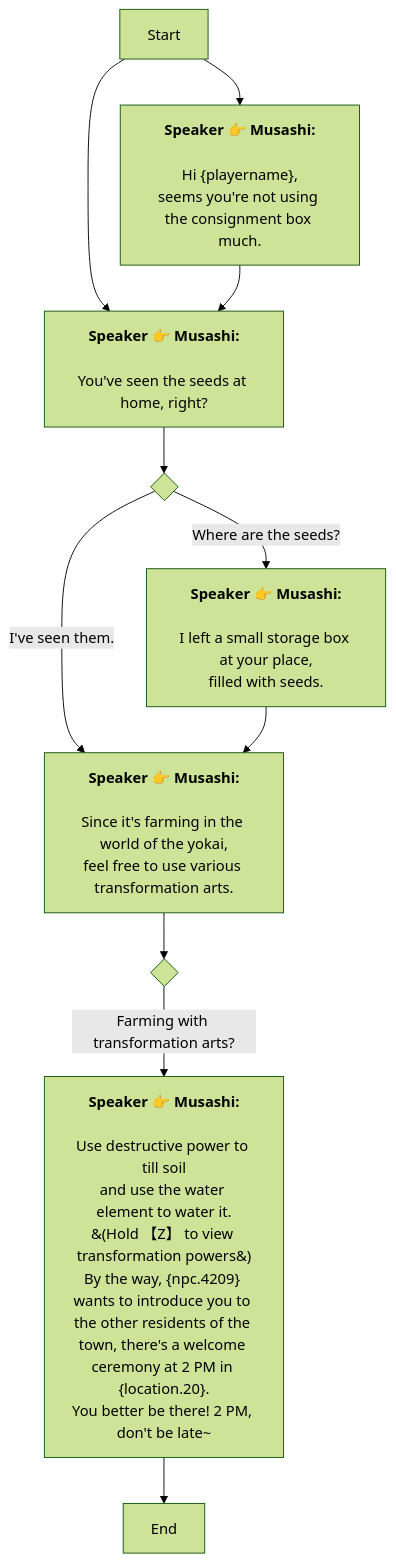
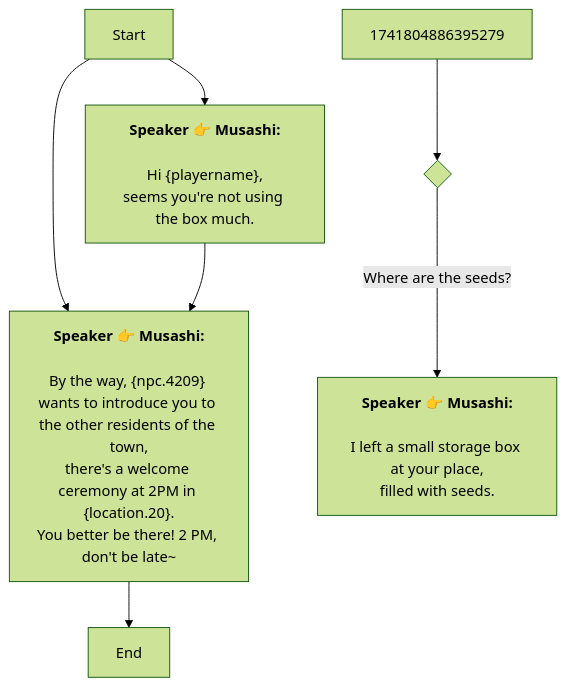
One commit to SoftHu/tos_avg changed the diagram in En/QuestStartTalkENode_1741804807948684.md. Above: the diagram before and after it, drawn with Mermaid (forest theme). The commit also changed 312 other files, not shown here.

````diff
--- a/En/QuestStartTalkENode_1741804807948684.md
+++ b/En/QuestStartTalkENode_1741804807948684.md
@@ -1,36 +1,24 @@
 ```mermaid
 graph
 Start -->1763771107802819[<b>Speaker 👉 Musashi:</b>
 
 Hi &lbrace;playername&rbrace;,
-seems you're not using the consignment box much.]
-Start -->1741804886395279[<b>Speaker 👉 Musashi:</b>
+seems you're not using the box much.]
+Start -->1741805123273116[<b>Speaker 👉 Musashi:</b>
 
-You've seen the seeds at home, right?]
-1763771107802819 -->1741804886395279[<b>Speaker 👉 Musashi:</b>
+By the way, &lbrace;npc.4209&rbrace; wants to introduce you to the other residents of the town,
+there's a welcome ceremony at 2PM in &lbrace;location.20&rbrace;.
+You better be there! 2 PM, don't be late~]
+1763771107802819 -->1741805123273116[<b>Speaker 👉 Musashi:</b>
 
-You've seen the seeds at home, right?]
+By the way, &lbrace;npc.4209&rbrace; wants to introduce you to the other residents of the town,
+there's a welcome ceremony at 2PM in &lbrace;location.20&rbrace;.
+You better be there! 2 PM, don't be late~]
+1741805123273116 -->1741805387044261[End]
 1741804886395279 -->1741804968039824{ }
 1741804968039824 -->|Where are the seeds?|1741804982096277[<b>Speaker 👉 Musashi:</b>
 
 I left a small storage box at your place,
 filled with seeds.]
-1741804968039824 -->|I've seen them.|1741805025914262[<b>Speaker 👉 Musashi:</b>
-
-Since it's farming in the world of the yokai,
-feel free to use various transformation arts.]
-1741804982096277 -->1741805025914262[<b>Speaker 👉 Musashi:</b>
-
-Since it's farming in the world of the yokai,
-feel free to use various transformation arts.]
-1741805025914262 -->1741805099132311{ }
-1741805099132311 -->|Farming with transformation arts?|1741805123273116[<b>Speaker 👉 Musashi:</b>
-
-Use destructive power to till soil
-and use the water element to water it.
-&#40;Hold 【Z】 to view transformation powers&#41;
-By the way, &lbrace;npc.4209&rbrace; wants to introduce you to the other residents of the town, there's a welcome ceremony at 2 PM in &lbrace;location.20&rbrace;.
-You better be there! 2 PM, don't be late~]
-1741805123273116 -->1741805387044261[End]
 
  ```
````
